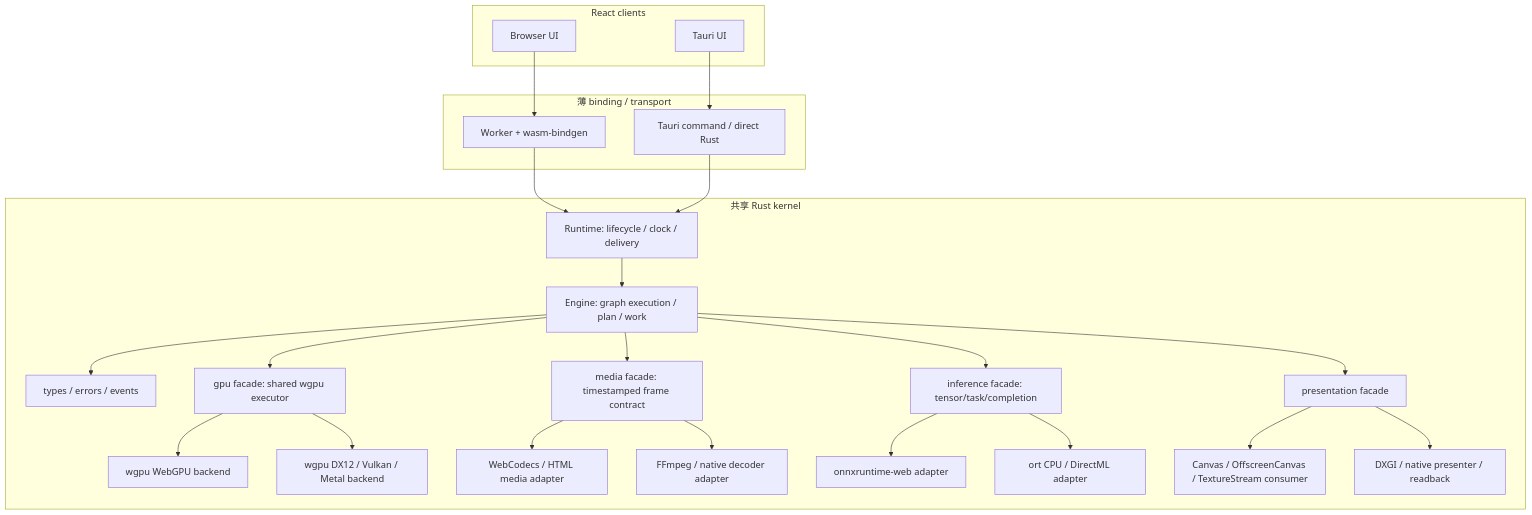
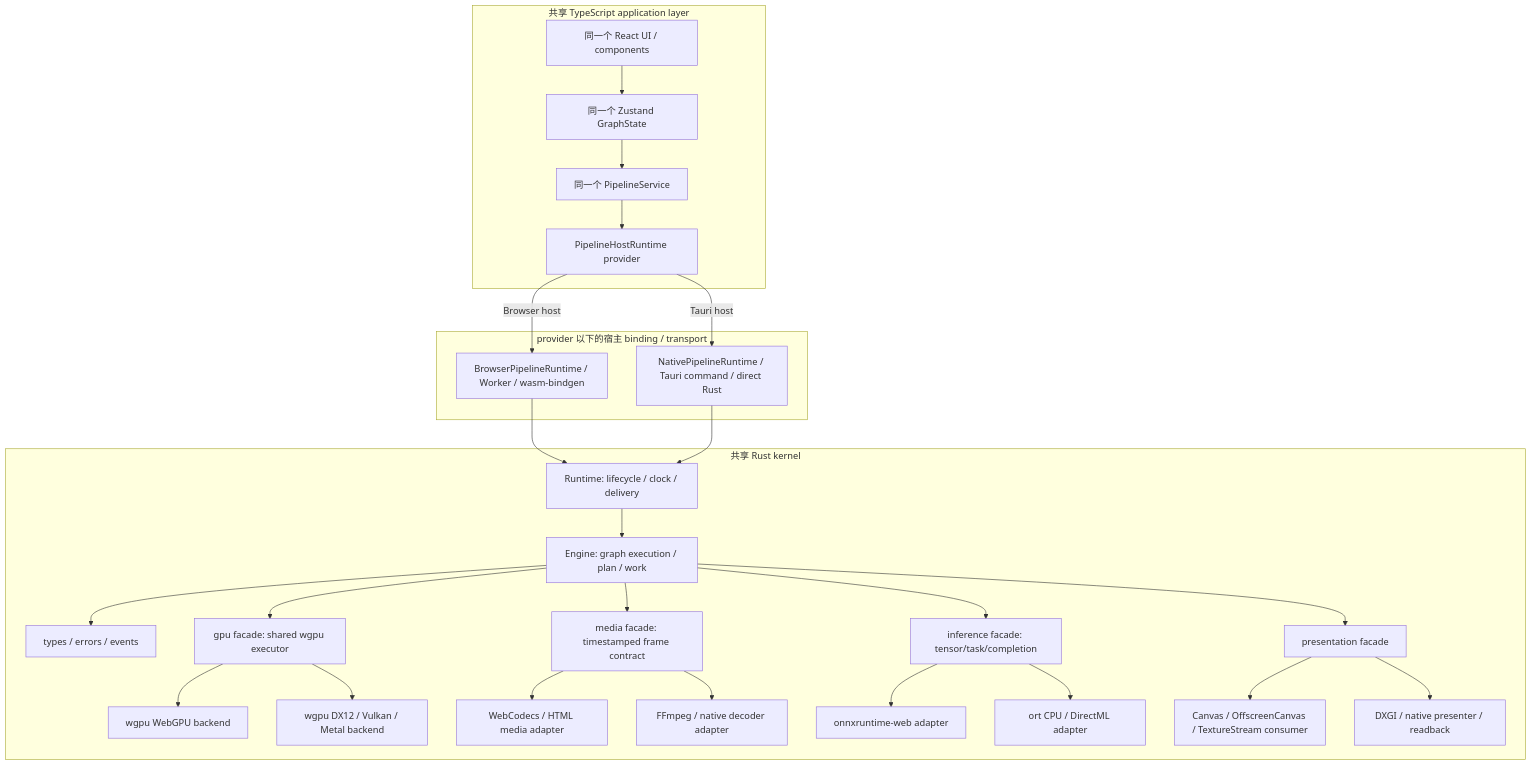
One commit to sanitor/open_quartz changed the first of 12 diagrams in docs/DESIGN.md. Above: the diagram before and after it, drawn with Mermaid. The commit also changed other lines of this file, not shown here.

First line of the commit message:
docs: move host split below shared TypeScript UI

````diff
--- a/docs/DESIGN.md
+++ b/docs/DESIGN.md
@@ -43,51 +43,54 @@
 ```mermaid
 flowchart TB
-    subgraph Clients[React clients]
-        BrowserUI[Browser UI]
-        TauriUI[Tauri UI]
+    subgraph TsApp[共享 TypeScript application layer]
+        ReactUI[同一个 React UI / components]
+        Store[同一个 Zustand GraphState]
+        Service[同一个 PipelineService]
+        Provider[PipelineHostRuntime provider]
+        ReactUI --> Store --> Service --> Provider
     end
 
-    subgraph Bindings[薄 binding / transport]
-        WasmBinding[Worker + wasm-bindgen]
-        TauriBinding[Tauri command / direct Rust]
+    subgraph Bindings[provider 以下的宿主 binding / transport]
+        WasmBinding[BrowserPipelineRuntime / Worker / wasm-bindgen]
+        TauriBinding[NativePipelineRuntime / Tauri command / direct Rust]
     end
 
     subgraph Kernel[共享 Rust kernel]
         Runtime[Runtime: lifecycle / clock / delivery]
         Engine[Engine: graph execution / plan / work]
         Schema[types / errors / events]
         Gpu[gpu facade: shared wgpu executor]
         Media[media facade: timestamped frame contract]
         Inference[inference facade: tensor/task/completion]
         Presenter[presentation facade]
 
         WgpuWeb[wgpu WebGPU backend]
         WgpuNative[wgpu DX12 / Vulkan / Metal backend]
         WebMedia[WebCodecs / HTML media adapter]
         NativeMedia[FFmpeg / native decoder adapter]
         OrtWeb[onnxruntime-web adapter]
         OrtNative[ort CPU / DirectML adapter]
         WebPresenter[Canvas / OffscreenCanvas / TextureStream consumer]
         NativePresenter[DXGI / native presenter / readback]
 
         Runtime --> Engine
         Engine --> Schema
         Engine --> Gpu
         Engine --> Media
         Engine --> Inference
         Engine --> Presenter
 
         Gpu --> WgpuWeb
         Gpu --> WgpuNative
         Media --> WebMedia
         Media --> NativeMedia
         Inference --> OrtWeb
         Inference --> OrtNative
         Presenter --> WebPresenter
         Presenter --> NativePresenter
 
     end
 
-    BrowserUI --> WasmBinding --> Runtime
-    TauriUI --> TauriBinding --> Runtime
+    Provider -->|Browser host| WasmBinding --> Runtime
+    Provider -->|Tauri host| TauriBinding --> Runtime
 ```
````
